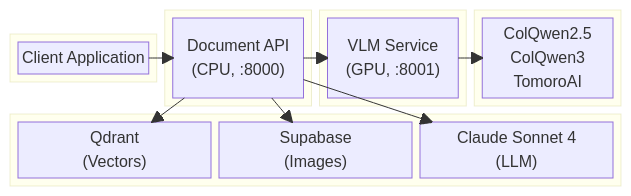
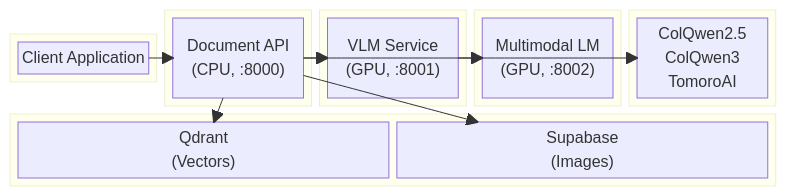
One commit to akosgintl/colpali-rag-app changed the diagram in docs/README.md. Above: the diagram before and after it, drawn with Mermaid. The commit also changed other lines of this file and 35 other files, not shown here.

````diff
--- a/docs/README.md
+++ b/docs/README.md
@@ -36,33 +36,36 @@
 ```mermaid
 block-beta
-    columns 4
+    columns 5
 
     block:client:1
         A["Client Application"]
     end
 
     block:api:1
         B["Document API\n(CPU, :8000)"]
     end
 
     block:vlm:1
         C["VLM Service\n(GPU, :8001)"]
     end
 
+    block:mlm:1
+        M["Multimodal LM\n(GPU, :8002)"]
+    end
+
     block:models:1
         D["ColQwen2.5\nColQwen3\nTomoroAI"]
     end
 
-    block:storage:4
+    block:storage:5
         E["Qdrant\n(Vectors)"]
         F["Supabase\n(Images)"]
-        G["Claude Sonnet 4\n(LLM)"]
     end
 
     A --> B
     B --> C
     C --> D
+    B --> M
     B --> E
     B --> F
-    B --> G
 ```
````
